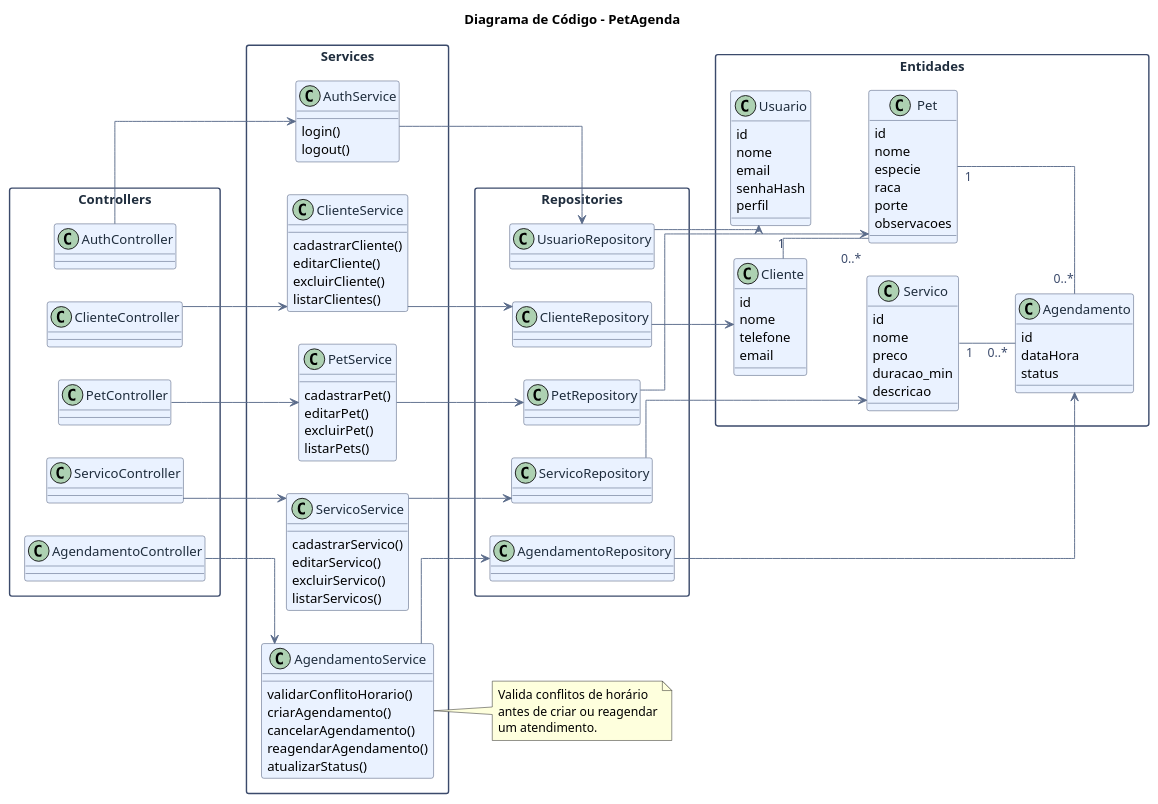
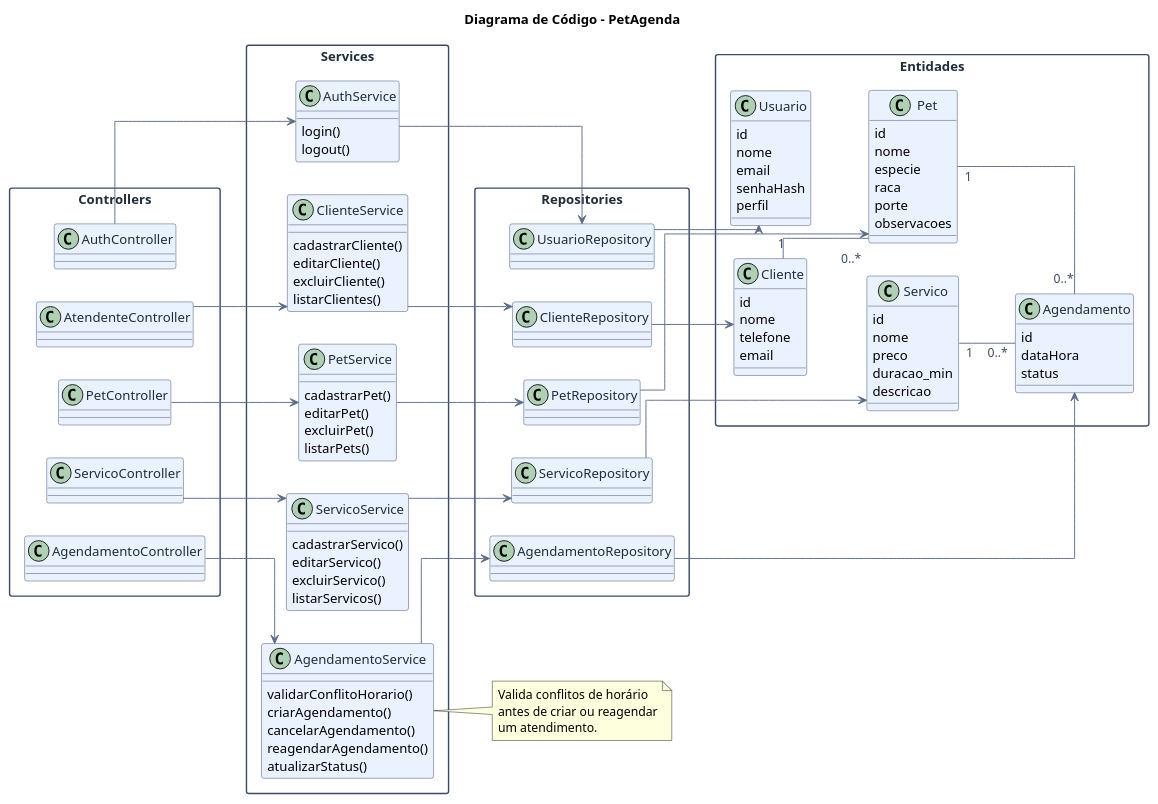
One commit to GabrielLengertGuedes/petagenda changed the diagram in diagrama_de_código.puml. Above: the diagram before and after it, drawn with PlantUML. The commit also changed other lines of this file, not shown here.

```diff
--- a/diagrama_de_código.puml
+++ b/diagrama_de_código.puml
@@ -1,170 +1,152 @@
 @startuml petagenda_codigo_10
 left to right direction
 skinparam backgroundColor white
 skinparam classAttributeIconSize 0
 skinparam shadowing false
 skinparam defaultFontName Arial
 skinparam packageStyle rectangle
 skinparam linetype ortho
 
-
 skinparam package {
-  BorderColor #3B4A6B
-  FontColor #1F2D3D
+BorderColor #3B4A6B
+FontColor #1F2D3D
 }
 
-
 skinparam class {
-  BackgroundColor #EAF2FF
-  BorderColor #3B4A6B
-  FontColor #1F2D3D
+BackgroundColor #EAF2FF
+BorderColor #3B4A6B
+FontColor #1F2D3D
 }
 
-
 skinparam arrow {
-  Color #5A6B8A
-  FontColor #3B4A6B
+Color #5A6B8A
+FontColor #3B4A6B
 }
-
 
 title Diagrama de Código - PetAgenda
 
-
 package "Controllers" {
-  class AuthController
-  class ClienteController
-  class PetController
-  class ServicoController
-  class AgendamentoController
+class AuthController
+class AtendenteController
+class PetController
+class ServicoController
+class AgendamentoController
 }
 
+package "Services" {
 
-package "Services" {
-  class AuthService {
-    login()
-    logout()
-  }
-
-
-  class ClienteService {
-    cadastrarCliente()
-    editarCliente()
-    excluirCliente()
-    listarClientes()
-  }
-
-
-  class PetService {
-    cadastrarPet()
-    editarPet()
-    excluirPet()
-    listarPets()
-  }
-
-
-  class ServicoService {
-    cadastrarServico()
-    editarServico()
-    excluirServico()
-    listarServicos()
-  }
-
-
-  class AgendamentoService {
-    validarConflitoHorario()
-    criarAgendamento()
-    cancelarAgendamento()
-    reagendarAgendamento()
-    atualizarStatus()
-  }
+class AuthService {
+login()
+logout()
 }
 
+class ClienteService {
+cadastrarCliente()
+editarCliente()
+excluirCliente()
+listarClientes()
+}
+
+class PetService {
+cadastrarPet()
+editarPet()
+excluirPet()
+listarPets()
+}
+
+class ServicoService {
+cadastrarServico()
+editarServico()
+excluirServico()
+listarServicos()
+}
+
+class AgendamentoService {
+validarConflitoHorario()
+criarAgendamento()
+cancelarAgendamento()
+reagendarAgendamento()
+atualizarStatus()
+}
+
+}
 
 package "Repositories" {
-  class UsuarioRepository
-  class ClienteRepository
-  class PetRepository
-  class ServicoRepository
-  class AgendamentoRepository
+class UsuarioRepository
+class ClienteRepository
+class PetRepository
+class ServicoRepository
+class AgendamentoRepository
 }
 
+package "Entidades" {
 
-package "Entidades" {
-  class Usuario {
-    id
-    nome
-    email
-    senhaHash
-    perfil
-  }
-
-
-  class Cliente {
-    id
-    nome
-    telefone
-    email
-  }
-
-
-  class Pet {
-    id
-    nome
-    especie
-    raca
-    porte
-    observacoes
-  }
-
-
-  class Servico {
-    id
-    nome
-    preco
-    duracao_min
-    descricao
-  }
-
-
-  class Agendamento {
-    id
-    dataHora
-    status
-  }
+class Usuario {
+id
+nome
+email
+senhaHash
+perfil
 }
 
+class Cliente {
+id
+nome
+telefone
+email
+}
+
+class Pet {
+id
+nome
+especie
+raca
+porte
+observacoes
+}
+
+class Servico {
+id
+nome
+preco
+duracao_min
+descricao
+}
+
+class Agendamento {
+id
+dataHora
+status
+}
+
+}
 
 AuthController --> AuthService
-ClienteController --> ClienteService
+AtendenteController --> ClienteService
 PetController --> PetService
 ServicoController --> ServicoService
 AgendamentoController --> AgendamentoService
-
 
 AuthService --> UsuarioRepository
 ClienteService --> ClienteRepository
 PetService --> PetRepository
 ServicoService --> ServicoRepository
 AgendamentoService --> AgendamentoRepository
 
-
 UsuarioRepository --> Usuario
 ClienteRepository --> Cliente
 PetRepository --> Pet
 ServicoRepository --> Servico
 AgendamentoRepository --> Agendamento
 
-
 Cliente "1" -- "0..*" Pet
 Pet "1" -- "0..*" Agendamento
 Servico "1" -- "0..*" Agendamento
-
 
 note right of AgendamentoService
 Valida conflitos de horário
 antes de criar ou reagendar
 um atendimento.
 end note
 
-
 @enduml
```
